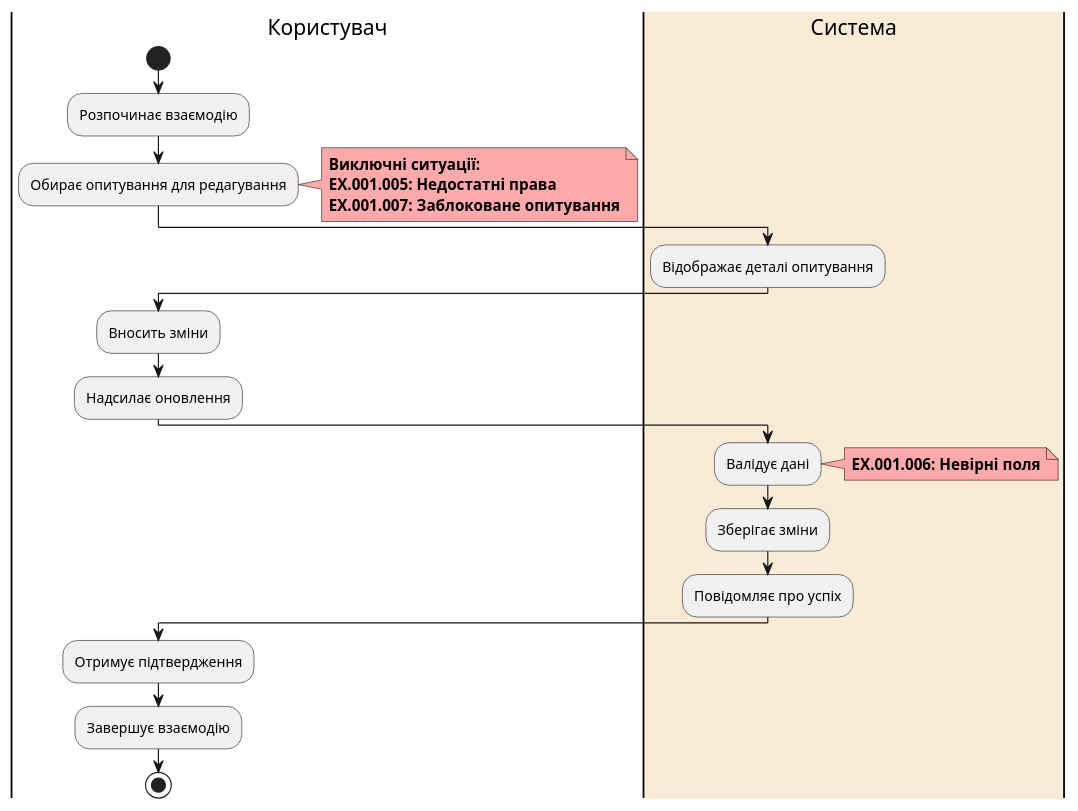
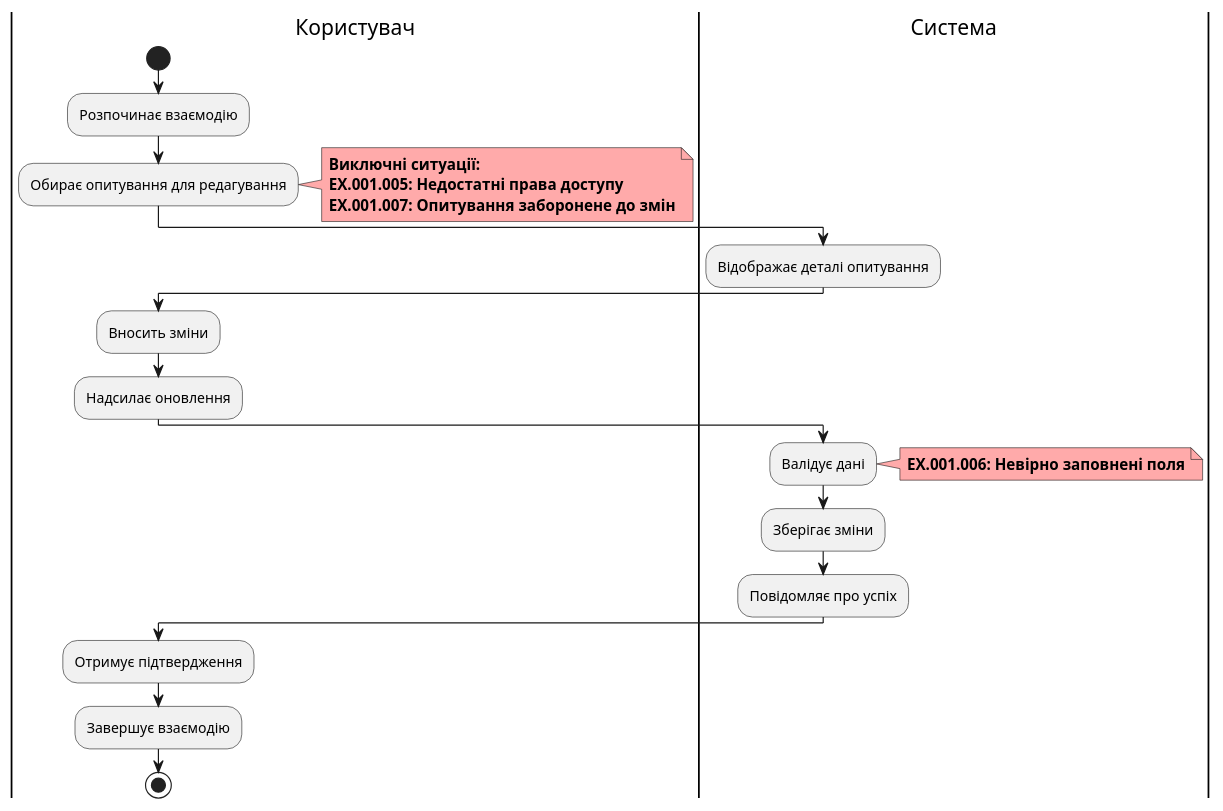
One commit to elidorbeth/edu_db_labs changed the eighth of 11 diagrams in docs/use cases/README.md. Above: the diagram before and after it, drawn with PlantUML. The commit also changed other lines of this file, not shown here.

```diff
--- a/docs/use cases/README.md
+++ b/docs/use cases/README.md
@@ -329,33 +325,33 @@
 @startuml
 
 |Користувач|
 start
 :Розпочинає взаємодію;
 :Обирає опитування для редагування;
 note right #ffaaaa
    <b>Виключні ситуації:
-   <b>EX.001.005: Недостатні права
-   <b>EX.001.007: Заблоковане опитування
+   <b>EX.001.005: Недостатні права доступу
+   <b>EX.001.007: Опитування заборонене до змін
 end note
 
-|#AntiqueWhite|Система|
+|Система|
 :Відображає деталі опитування;
 
 |Користувач|
 :Вносить зміни;
 :Надсилає оновлення;
 
 |Система|
 :Валідує дані;
 note right #ffaaaa
-   <b>EX.001.006: Невірні поля
+   <b>EX.001.006: Невірно заповнені поля
 end note
 :Зберігає зміни;
 :Повідомляє про успіх;
 
 |Користувач|
 :Отримує підтвердження;
 :Завершує взаємодію;
 
 stop
 @enduml
```
